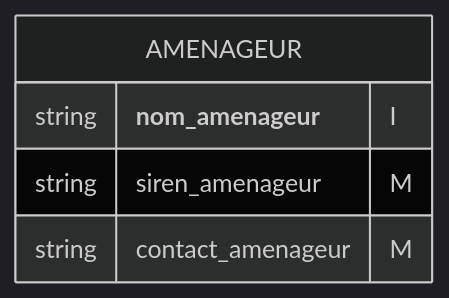
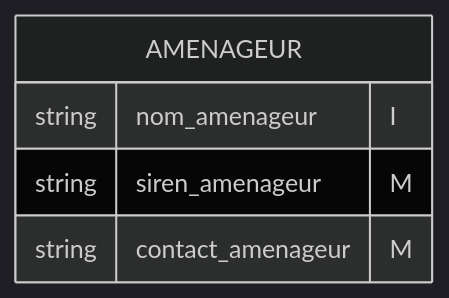
One commit to MTES-MCT/qualicharge changed the seventh of 16 diagrams in docs/modele.md. Above: the diagram before and after it, drawn with Mermaid (dark theme). The commit also changed other lines of this file, not shown here.

Commit message:
remove MD into mermais diagram

````diff
--- a/docs/modele.md
+++ b/docs/modele.md
@@ -190,8 +190,8 @@
 ```mermaid
 erDiagram
 AMENAGEUR {
-  string **nom_amenageur** "I"
+  string nom_amenageur "I"
   string siren_amenageur "M"
   string contact_amenageur "M"
   }
 ```
````
